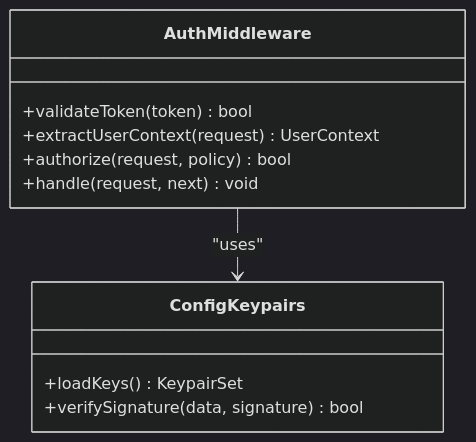
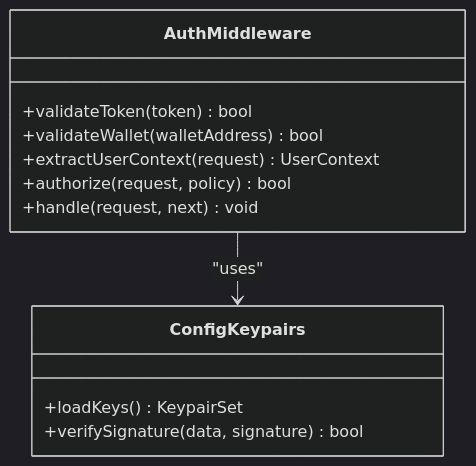
The fourth of 9 diagrams in .qoder/repowiki/en/content/Architecture Overview/Backend Services Architecture.md (hieudepoet/Insurix), drawn with Mermaid (dark theme) before and after one commit. The commit also changed other lines of this file and 63 other files, not shown here.

````diff
--- a/.qoder/repowiki/en/content/Architecture Overview/Backend Services Architecture.md
+++ b/.qoder/repowiki/en/content/Architecture Overview/Backend Services Architecture.md
@@ -179,14 +186,15 @@
 ```mermaid
 classDiagram
 class AuthMiddleware {
 +validateToken(token) bool
++validateWallet(walletAddress) bool
 +extractUserContext(request) UserContext
 +authorize(request, policy) bool
 +handle(request, next) void
 }
 class ConfigKeypairs {
 +loadKeys() KeypairSet
 +verifySignature(data, signature) bool
 }
 AuthMiddleware --> ConfigKeypairs : "uses"
 ```
````
